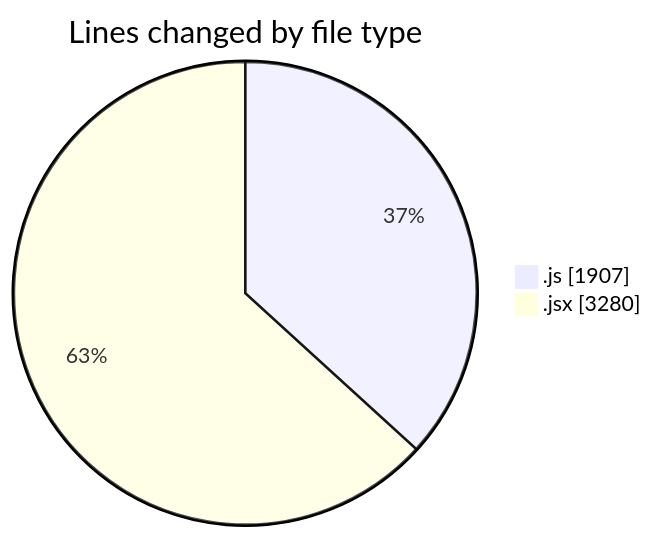
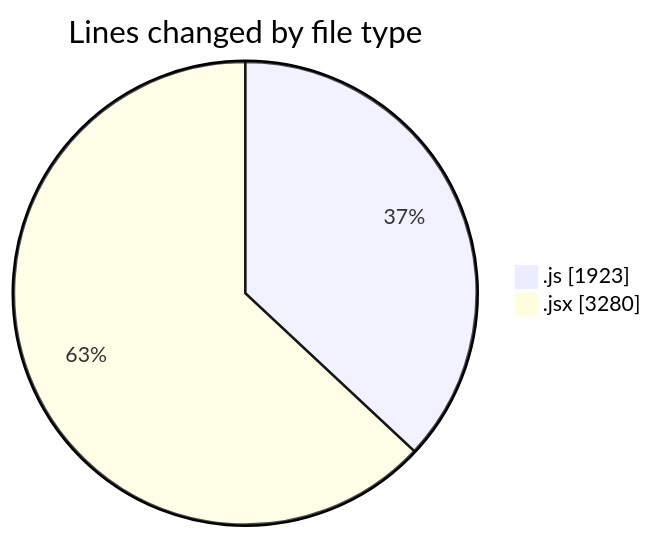
The first of 2 diagrams in 2025-09-18/nxtqube_webapp/README.md (nxtqubesakshisongat/code-tracking), drawn with Mermaid before and after one commit. The commit also changed other lines of this file and 1 other file, not shown here.

````diff
--- a/2025-09-18/nxtqube_webapp/README.md
+++ b/2025-09-18/nxtqube_webapp/README.md
@@ -31,6 +31,6 @@
 ```mermaid
 pie showData
 title Lines changed by file type
-".js" : 1907
+".js" : 1923
 ".jsx" : 3280
 ```
````
